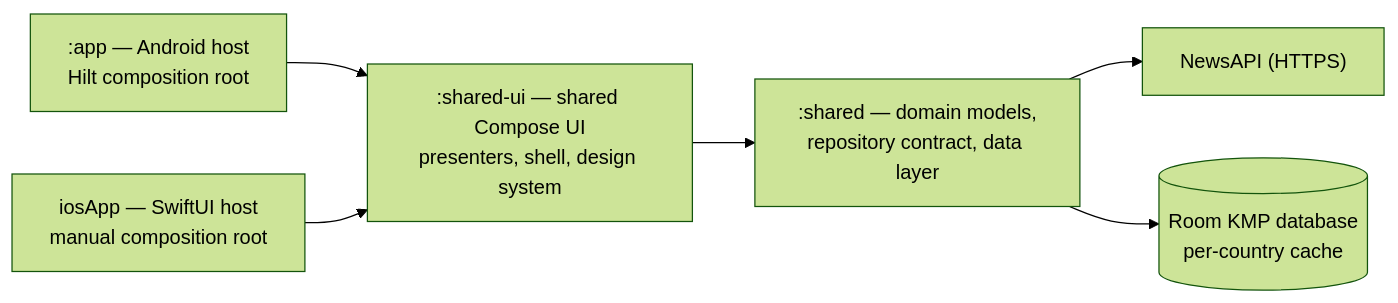
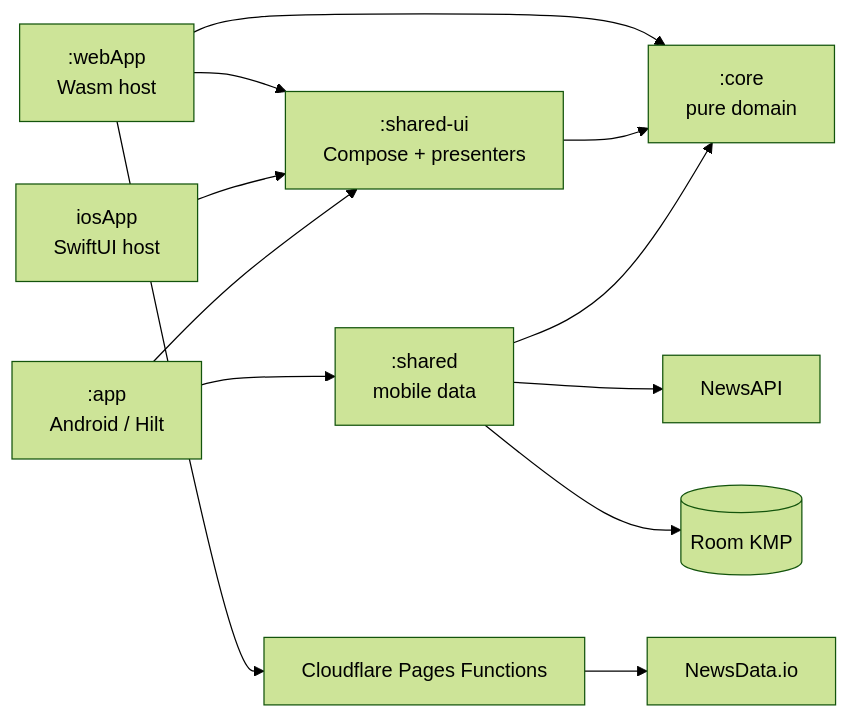
Before and after one commit to recipesforsoftware-pl/signalbrief: the diagram in docs/ARCHITECTURE.md, drawn with Mermaid (forest theme). The commit also changed other lines of this file and 5 other files, not shown here.

Commit message:
docs: refresh Web showcase and architecture (#33)

````diff
--- a/docs/ARCHITECTURE.md
+++ b/docs/ARCHITECTURE.md
@@ -92,15 +49,28 @@
 ```mermaid
 flowchart LR
-    app[":app — Android host<br/>Hilt composition root"]
-    ios["iosApp — SwiftUI host<br/>manual composition root"]
-    sharedui[":shared-ui — shared Compose UI<br/>presenters, shell, design system"]
-    shared[":shared — domain models,<br/>repository contract, data layer"]
-    api["NewsAPI (HTTPS)"]
-    db[("Room KMP database<br/>per-country cache")]
+    core[":core<br/>pure domain"]
+    shared[":shared<br/>mobile data"]
+    sharedui[":shared-ui<br/>Compose + presenters"]
+    app[":app<br/>Android / Hilt"]
+    ios["iosApp<br/>SwiftUI host"]
+    web[":webApp<br/>Wasm host"]
+    pages["Cloudflare Pages Functions"]
+    newsapi["NewsAPI"]
+    newsdata["NewsData.io"]
+    room[("Room KMP")]
+
+    shared --> core
+    sharedui --> core
 
     app --> sharedui
+    app --> shared
+
     ios --> sharedui
-    sharedui --> shared
-    shared --> api
-    shared --> db
+    shared --> newsapi
+    shared --> room
+
+    web --> core
+    web --> sharedui
+    web --> pages
+    pages --> newsdata
 ```
````
